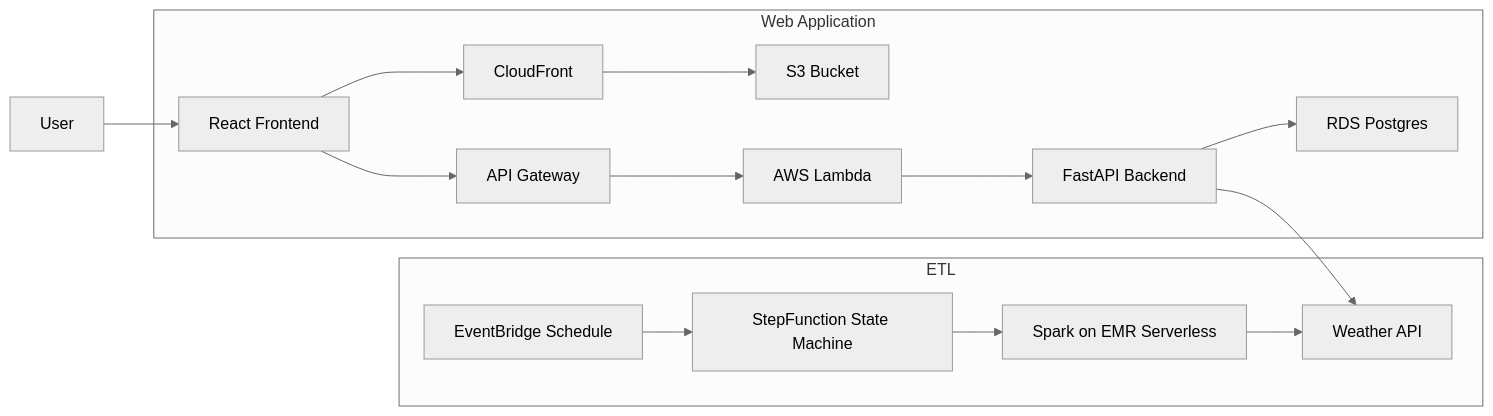
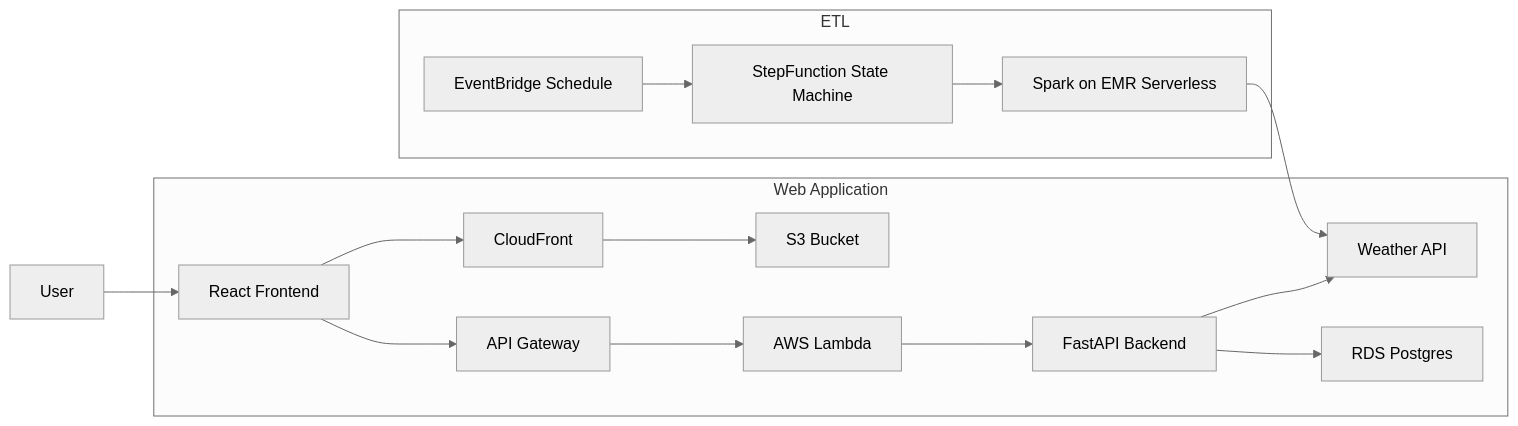
The first of 2 diagrams in README.md (kgmcquate/lake-freeze-frontend), drawn with Mermaid (neutral theme) before and after one commit.

````diff
--- a/README.md
+++ b/README.md
@@ -14,26 +14,29 @@
 ```mermaid
 graph LR;
   A[User] --> B
+  
+  J[Weather API]
 
   subgraph Web Application
     B[React Frontend]
     B --> C[CloudFront]
     C --> D[S3 Bucket]
     B --> F[API Gateway]
     F --> G[AWS Lambda]
     G --> H[FastAPI Backend]
     H --> I[RDS Postgres]
+    H --> J
   end
 
-  H --> J[Weather API]
+  
 
   subgraph ETL
     K[EventBridge Schedule] --> L[StepFunction State Machine]
     L --> M[Spark on EMR Serverless]
     M --> J
     
   end
 
 
 
 ```
````
